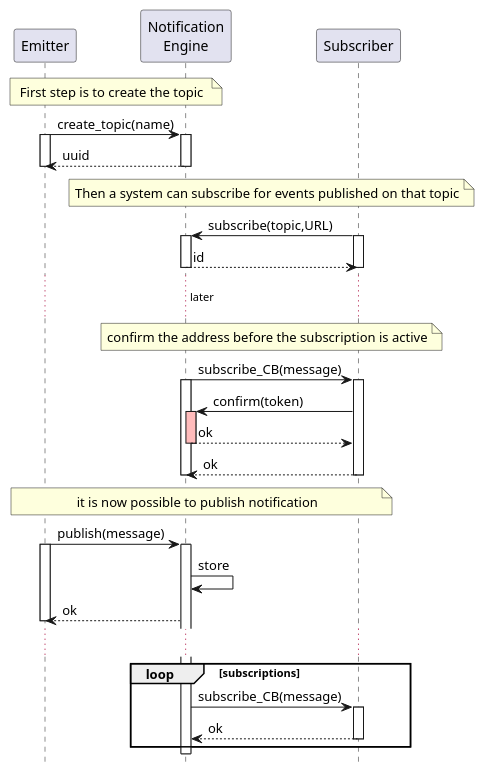
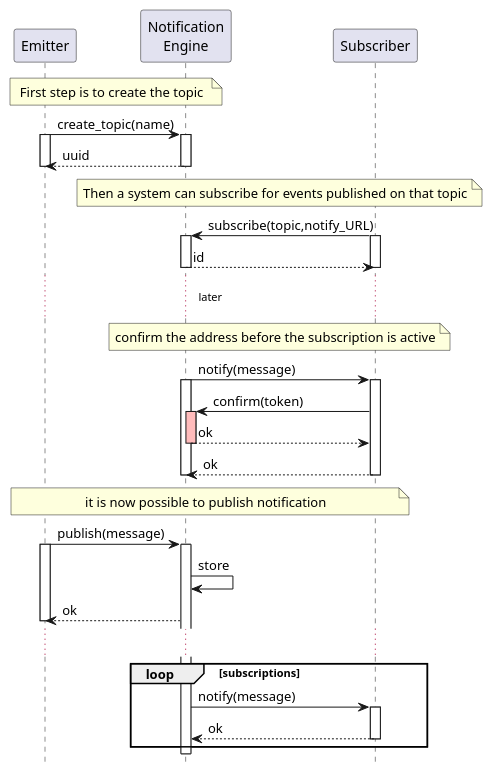
One commit to SecureIdentityAlliance/osia changed the diagram in src/doc/functional/_notification.rst. Above: the diagram before and after it, drawn with PlantUML. The commit also changed other lines of this file and 3 other files, not shown here.

```diff
--- a/src/doc/functional/_notification.rst
+++ b/src/doc/functional/_notification.rst
@@ -10,59 +10,59 @@
 .. uml::
     :caption: Subscription & Notification Process
     :scale: 50%
 
     hide footbox
     participant "Emitter" as PR
     participant "Notification\nEngine" as N
     participant "Subscriber" as CR
 
     note over PR,N: First step is to create the topic
     PR -> N: create_topic(name)
     activate PR
     activate N
     N --> PR: uuid
     deactivate N
     deactivate PR
 
     note over N,CR: Then a system can subscribe for events published on that topic
 
-    CR -> N: subscribe(topic,URL)
+    CR -> N: subscribe(topic,notify_URL)
     activate CR
     activate N
     N --> CR: id
     deactivate CR
     deactivate N
 
     ... later ...
 
     note over N,CR: confirm the address before the subscription is active
 
-    N -> CR: subscribe_CB(message)
+    N -> CR: notify(message)
     activate N
     activate CR
     CR -> N: confirm(token)
     activate N #FFBBBB
     N --> CR: ok
     deactivate N
     CR --> N: ok
     deactivate CR
     deactivate N
 
     note over PR,CR: it is now possible to publish notification
 
     PR -> N: publish(message)
     activate PR
     activate N
     N -> N: store
     N --> PR: ok
     deactivate PR
 
     ...
 
     loop subscriptions
-      N -> CR: subscribe_CB(message)
+      N -> CR: notify(message)
       activate CR
       CR --> N: ok
       deactivate CR
     end
     deactivate N
```
